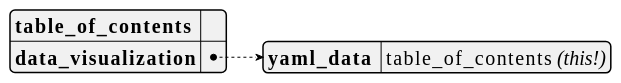
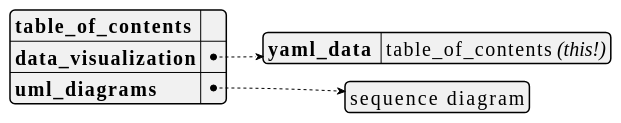
Before and after one commit to dragondive/heavens-arena: the first of 2 diagrams in plantuml_demo.md, drawn with PlantUML. The commit also changed other lines of this file, not shown here.

Commit message:
added demo: sequence diagram

````diff
--- a/plantuml_demo.md
+++ b/plantuml_demo.md
@@ -26,26 +26,28 @@
 ```plantuml
 @startyaml
 <style>
 yamlDiagram {
     node {
         ' use a constant width font because that's what developers do.
         FontName Consolas
         FontSize 20
     }
 }
 </style>
 
 /'TODO:
 It would be cool to hyperlink the entries in the table_of_contents to the
 respective section in the document. Not only would it further accentuate the
 [Medium Awareness](https://tvtropes.org/pmwiki/pmwiki.php/Main/MediumAwareness)
 of this yaml document, but also augment the
 [Anachronic Order](https://tvtropes.org/pmwiki/pmwiki.php/Main/AnachronicOrder)
 of the outer markdown document.
 '/
 
 **table_of_contents**: ""  /' workaround: empty string here to avoid dummy link '/
 data_visualization:
     yaml_data : table_of_contents //(this!)//
+uml_diagrams:
+    - sequence diagram
 @endyaml
 ```
````
